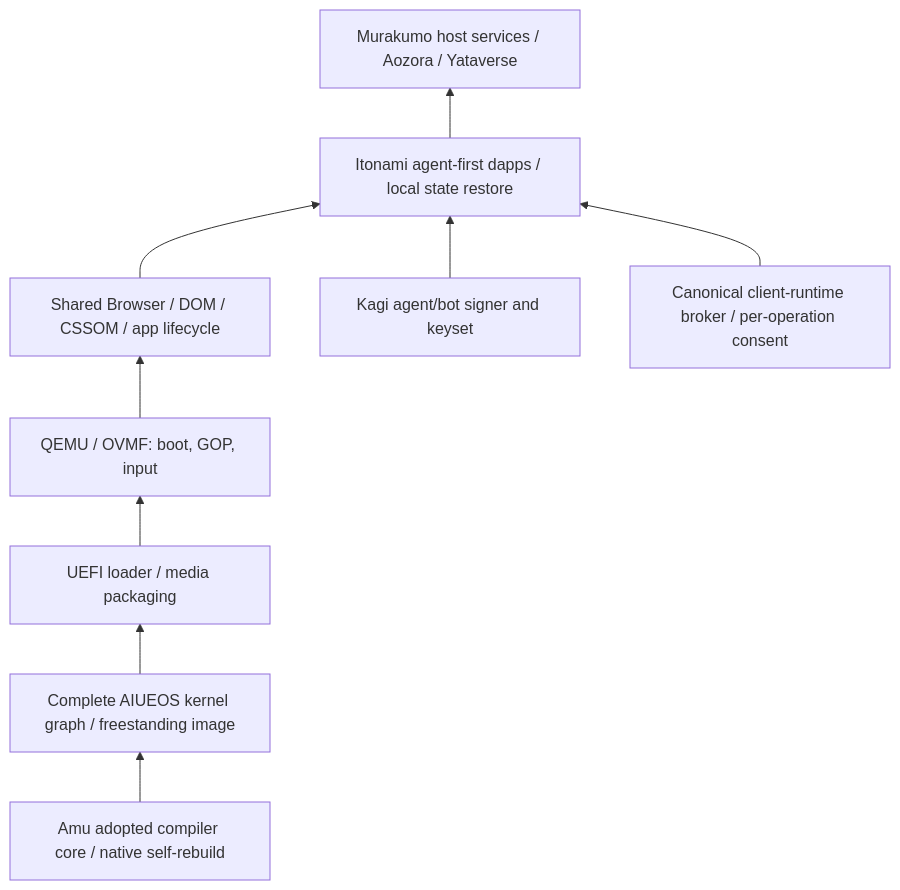
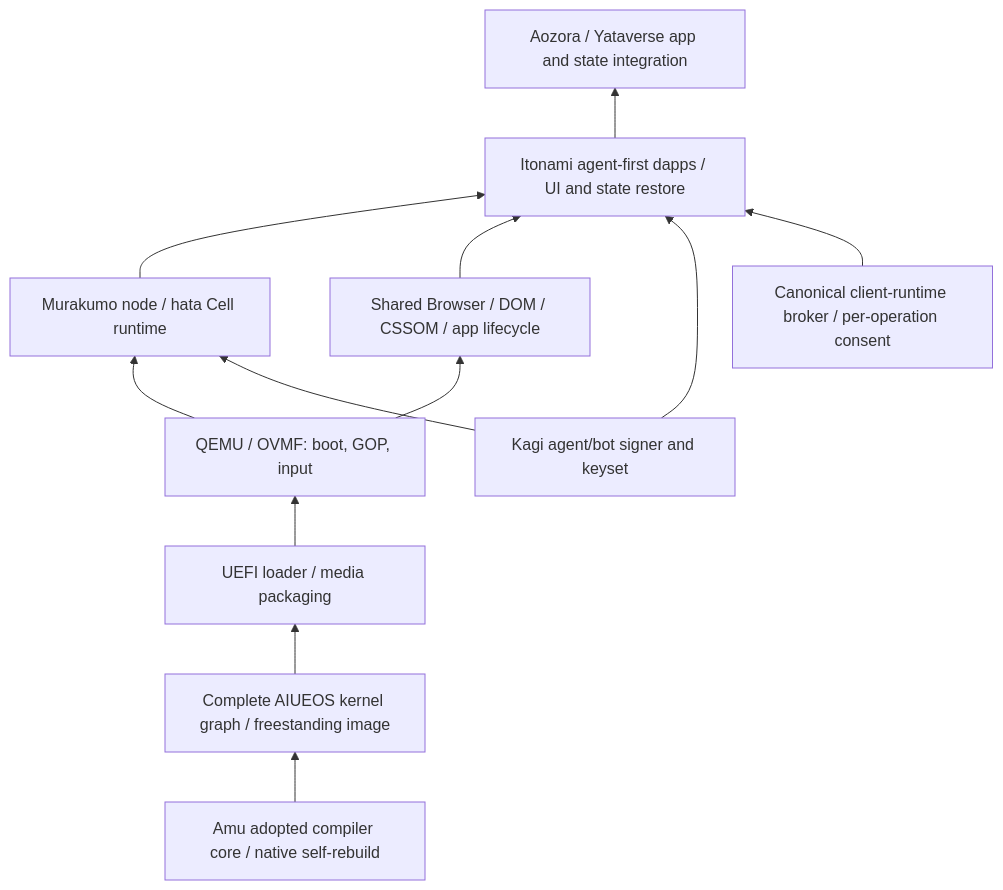
One commit to kotoba-lang/aiueos changed the diagram in 90-docs/native-selfhost-integration.md. Above: the diagram before and after it, drawn with Mermaid.

Commit message:
Place Murakumo execution host below Itonami apps

````diff
--- a/90-docs/native-selfhost-integration.md
+++ b/90-docs/native-selfhost-integration.md
@@ -7,11 +7,14 @@
 ```mermaid
 flowchart BT
   A["Amu adopted compiler core / native self-rebuild"] --> B["Complete AIUEOS kernel graph / freestanding image"]
   B --> C["UEFI loader / media packaging"]
   C --> D["QEMU / OVMF: boot, GOP, input"]
+  D --> N["Murakumo node / hata Cell runtime"]
   D --> E["Shared Browser / DOM / CSSOM / app lifecycle"]
-  E --> F["Itonami agent-first dapps / local state restore"]
-  F --> G["Murakumo host services / Aozora / Yataverse"]
-  H["Kagi agent/bot signer and keyset"] --> F
+  N --> F["Itonami agent-first dapps / UI and state restore"]
+  E --> F
+  F --> G["Aozora / Yataverse app and state integration"]
+  H["Kagi agent/bot signer and keyset"] --> N
+  H --> F
   R["Canonical client-runtime broker / per-operation consent"] --> F
 ```
````
